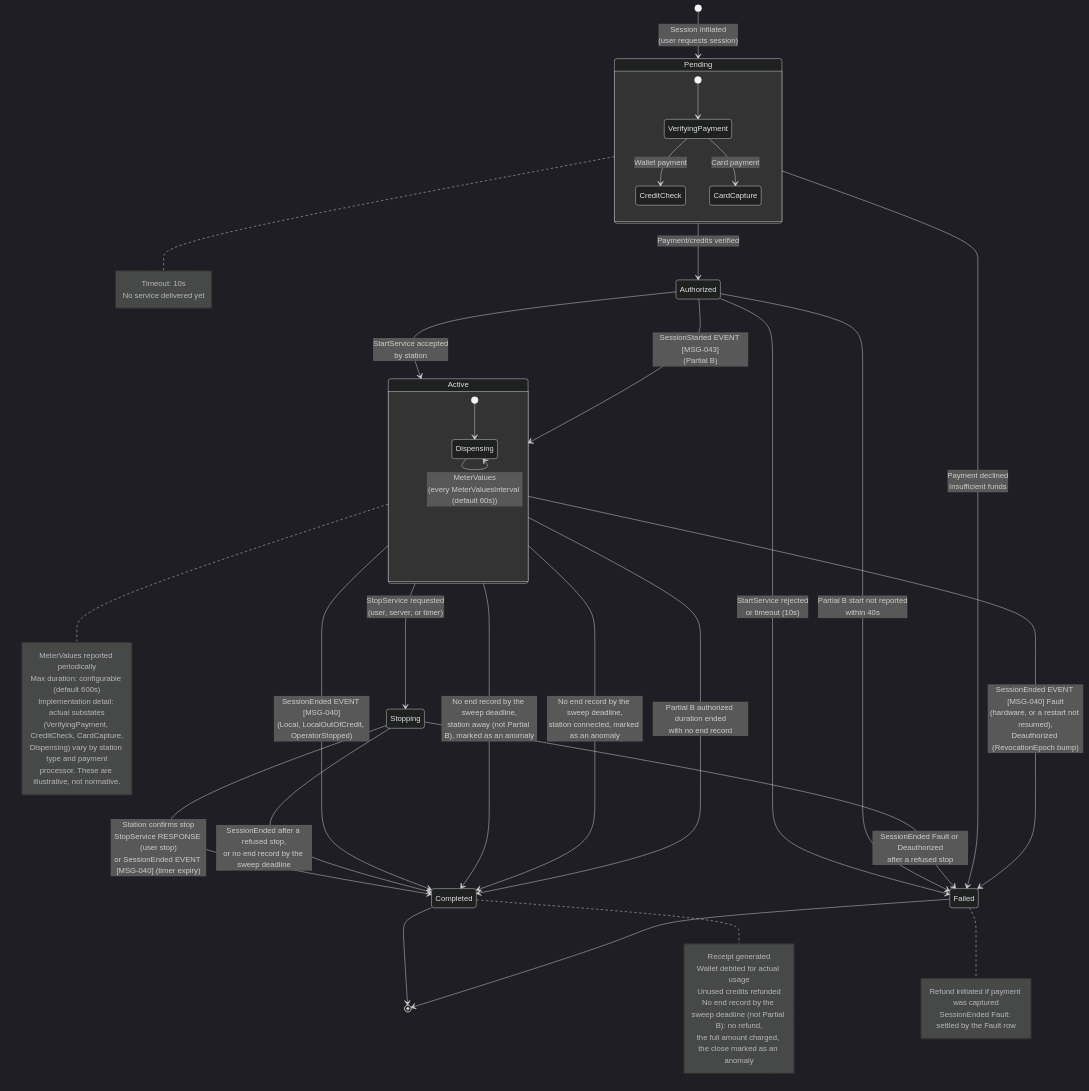
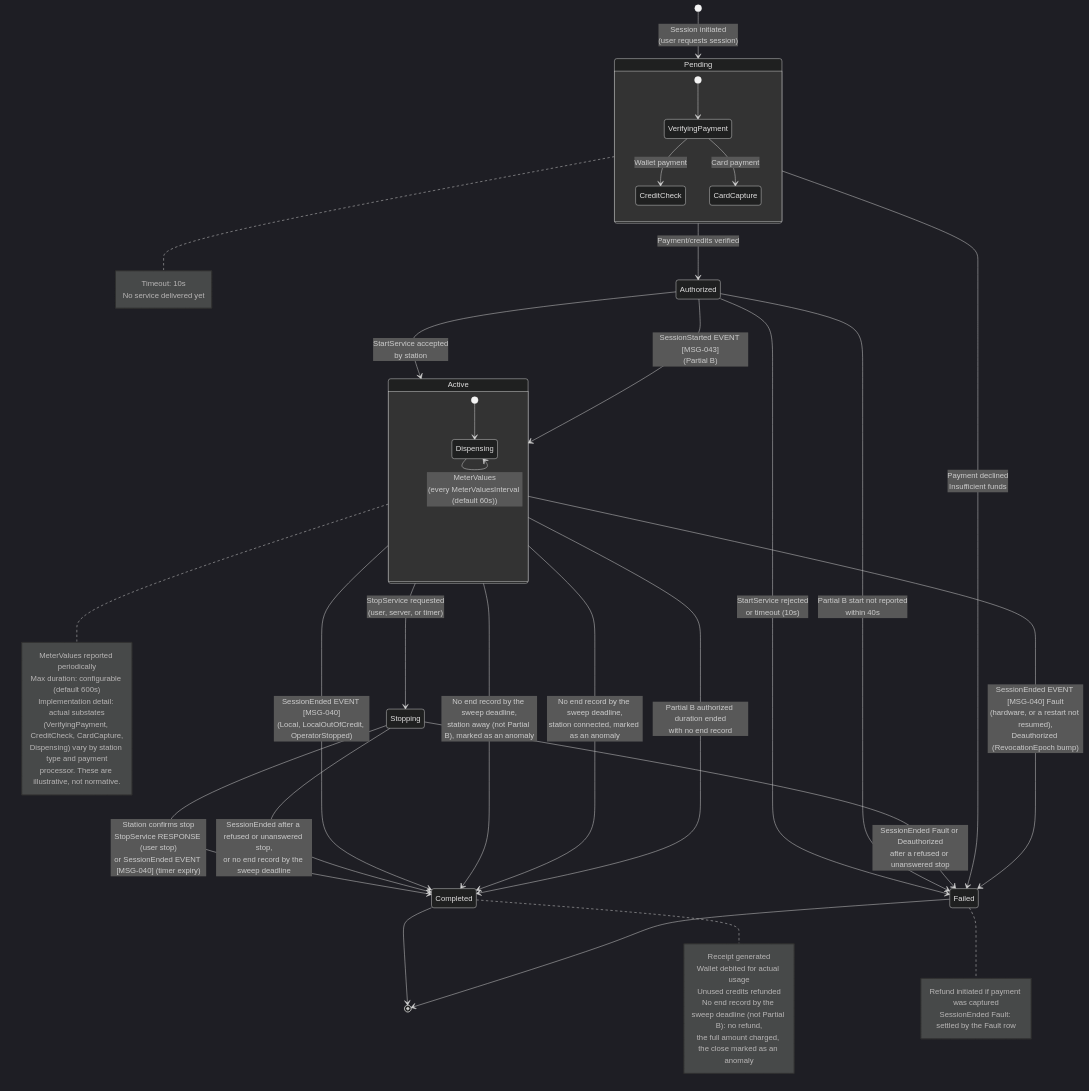
One commit to ospp-org/spec changed the diagram in diagrams/state-machine-session.mmd. Above: the diagram before and after it, drawn with Mermaid (dark theme). The commit also changed 15 other files, not shown here.

```diff
--- a/diagrams/state-machine-session.mmd
+++ b/diagrams/state-machine-session.mmd
@@ -1,65 +1,65 @@
 %% OSPP Session Lifecycle State Machine
 %% Reference: spec/05-state-machines.md, Section 3
 
 stateDiagram-v2
     [*] --> Pending : Session initiated<br/>(user requests session)
 
     Pending --> Authorized : Payment/credits verified
     Pending --> Failed : Payment declined<br/>Insufficient funds
 
     Authorized --> Active : StartService accepted<br/>by station
     Authorized --> Active : SessionStarted EVENT [MSG-043]<br/>(Partial B)
     Authorized --> Failed : StartService rejected<br/>or timeout (10s)
     Authorized --> Failed : Partial B start not reported<br/>within 40s
 
     Active --> Stopping : StopService requested<br/>(user, server, or timer)
     Active --> Completed : SessionEnded EVENT [MSG-040]<br/>(Local, LocalOutOfCredit, OperatorStopped)
     Active --> Failed : SessionEnded EVENT [MSG-040] Fault<br/>(hardware, or a restart not resumed),<br/>Deauthorized (RevocationEpoch bump)
     Active --> Completed : No end record by the sweep deadline,<br/>station away (not Partial B), marked as an anomaly
     Active --> Completed : No end record by the sweep deadline,<br/>station connected, marked as an anomaly
     Active --> Completed : Partial B authorized duration ended<br/>with no end record
 
     Stopping --> Completed : Station confirms stop<br/>StopService RESPONSE (user stop)<br/>or SessionEnded EVENT [MSG-040] (timer expiry)
-    Stopping --> Completed : SessionEnded after a refused stop,<br/>or no end record by the sweep deadline
-    Stopping --> Failed : SessionEnded Fault or Deauthorized<br/>after a refused stop
+    Stopping --> Completed : SessionEnded after a refused or unanswered stop,<br/>or no end record by the sweep deadline
+    Stopping --> Failed : SessionEnded Fault or Deauthorized<br/>after a refused or unanswered stop
 
     Completed --> [*]
     Failed --> [*]
 
     state Pending {
         [*] --> VerifyingPayment
         VerifyingPayment --> CreditCheck : Wallet payment
         VerifyingPayment --> CardCapture : Card payment
     }
 
     state Active {
         [*] --> Dispensing
         Dispensing --> Dispensing : MeterValues<br/>(every MeterValuesInterval (default 60s))
     }
 
     note right of Pending
         Timeout: 10s
         No service delivered yet
     end note
 
     note right of Active
         MeterValues reported periodically
         Max duration: configurable (default 600s)
         Implementation detail: actual substates
         (VerifyingPayment, CreditCheck, CardCapture,
         Dispensing) vary by station type and payment
         processor. These are illustrative, not normative.
     end note
 
     note right of Completed
         Receipt generated
         Wallet debited for actual usage
         Unused credits refunded
         No end record by the sweep deadline (not Partial B): no refund,
         the full amount charged, the close marked as an anomaly
     end note
 
     note right of Failed
         Refund initiated if payment was captured
         SessionEnded Fault: settled by the Fault row
     end note
```
